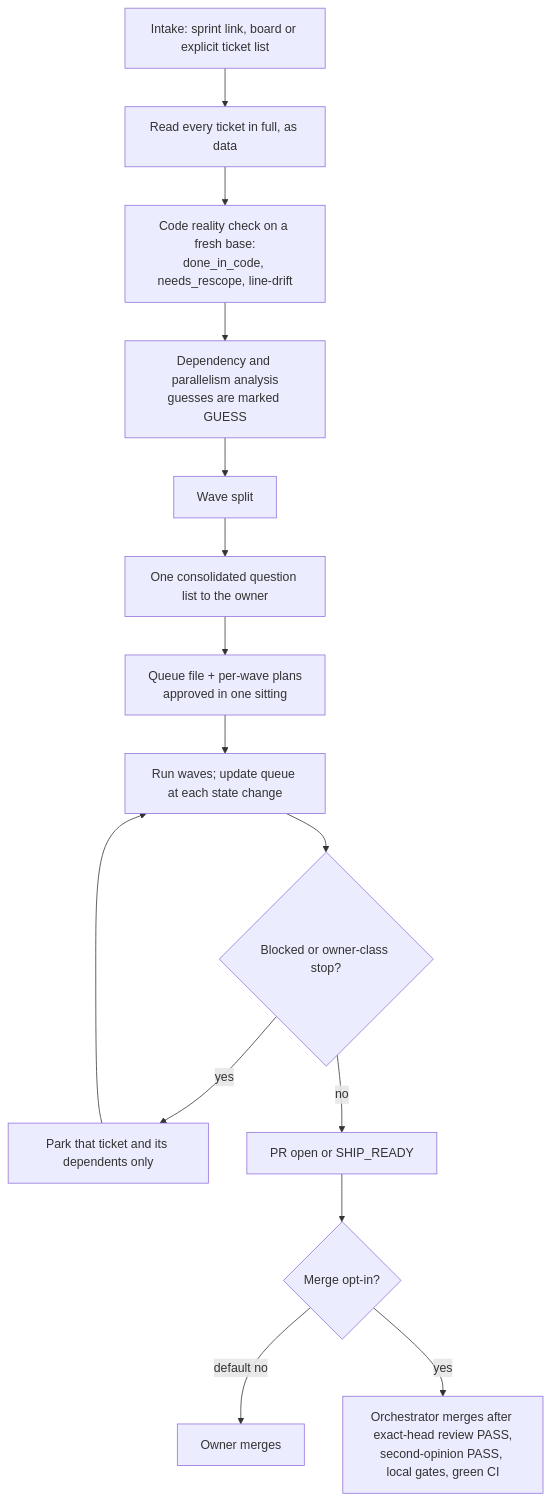
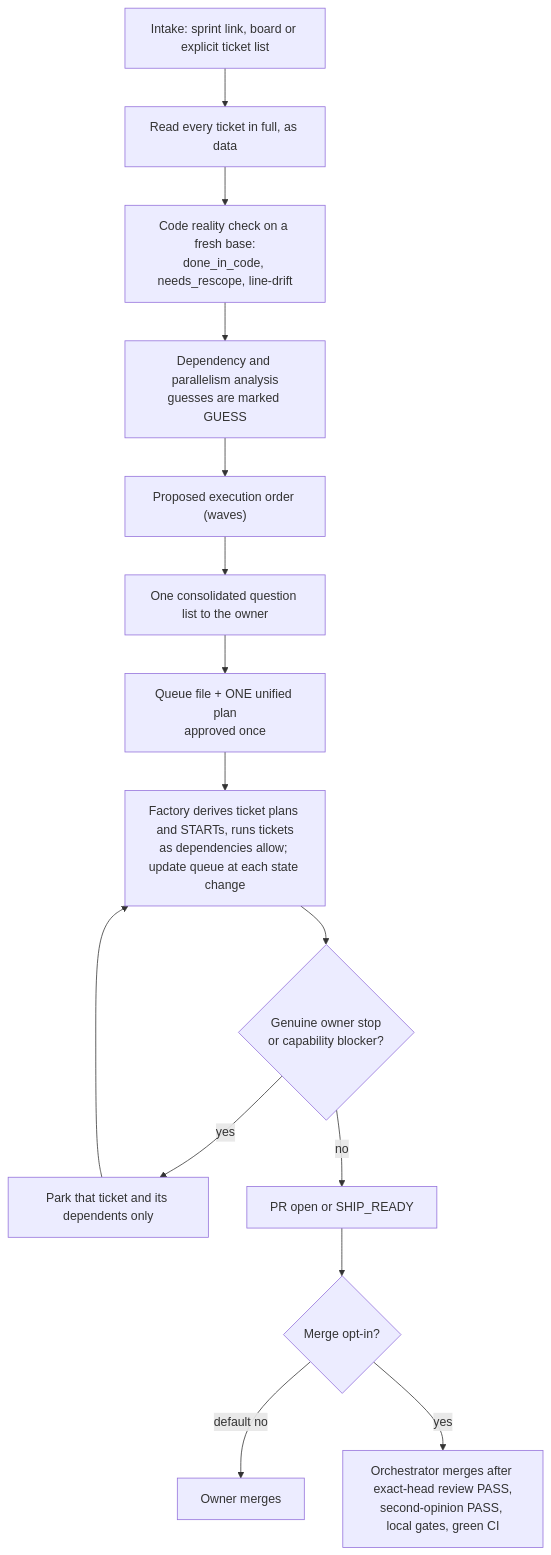
One commit to AhmedAbdelfattah0/AI-Skills changed the diagram in docs/sprint-and-extended-run.md. Above: the diagram before and after it, drawn with Mermaid. The commit also changed other lines of this file and 19 other files, not shown here.

First line of the commit message:
Stabilize the Factory: one unified plan and approval, Factory-owned corrective iteration

````diff
--- a/docs/sprint-and-extended-run.md
+++ b/docs/sprint-and-extended-run.md
@@ -9,17 +9,17 @@
 ```mermaid
 flowchart TB
   A["Intake: sprint link, board or explicit ticket list"] --> B["Read every ticket in full, as data"]
   B --> C["Code reality check on a fresh base:<br/>done_in_code, needs_rescope, line-drift"]
   C --> D["Dependency and parallelism analysis<br/>guesses are marked GUESS"]
-  D --> E["Wave split"]
+  D --> E["Proposed execution order (waves)"]
   E --> F["One consolidated question list to the owner"]
-  F --> G["Queue file + per-wave plans<br/>approved in one sitting"]
-  G --> H["Run waves; update queue at each state change"]
-  H --> I{"Blocked or owner-class stop?"}
+  F --> G["Queue file + ONE unified plan<br/>approved once"]
+  G --> H["Factory derives ticket plans and STARTs, runs tickets<br/>as dependencies allow; update queue at each state change"]
+  H --> I{"Genuine owner stop<br/>or capability blocker?"}
   I -- yes --> J["Park that ticket and its dependents only"]
   I -- no --> K["PR open or SHIP_READY"]
   J --> H
   K --> L{"Merge opt-in?"}
   L -- "default no" --> M["Owner merges"]
   L -- yes --> N["Orchestrator merges after exact-head review PASS,<br/>second-opinion PASS, local gates, green CI"]
 ```
````
